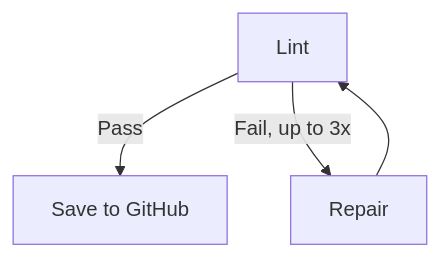
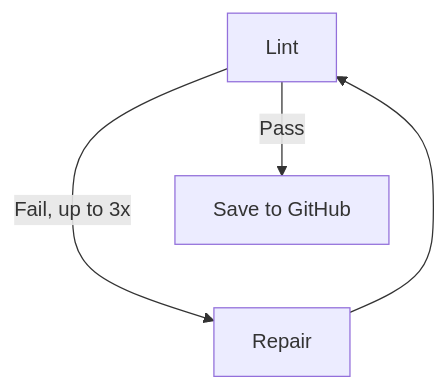
The second of 2 diagrams in README.md (kevinsundstrom/vercel-case-study), drawn with Mermaid before and after one commit.

Commit message:
fix: add invisible sibling edge to center Lint above Save and Repair

````diff
--- a/README.md
+++ b/README.md
@@ -37,6 +37,7 @@
 ```mermaid
 flowchart TD
     F[Lint] -->|Pass| G[Save to GitHub]
     F -->|Fail, up to 3x| H[Repair]
     H --> F
+    G ~~~ H
 ```
````
